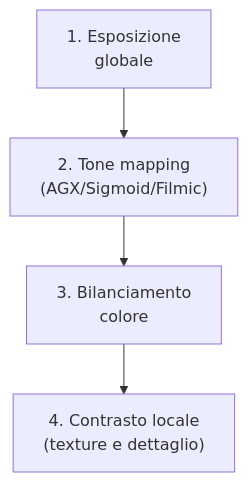
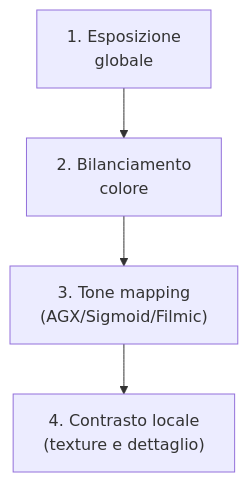
One commit to lorenzoperone/darktable-docs changed the diagram in docs/modules/local-contrast.md. Above: the diagram before and after it, drawn with Mermaid. The commit also changed other lines of this file and 36 other files, not shown here.

First line of the commit message:
fix: scan globale degli errori concettuali (moduli, pipeline, colore, appendici)

````diff
--- a/docs/modules/local-contrast.md
+++ b/docs/modules/local-contrast.md
@@ -25,4 +25,4 @@
 ```mermaid
 flowchart TD
-    A["1. Esposizione<br/>globale"] --> B["2. Tone mapping<br/>(AGX/Sigmoid/Filmic)"] --> C["3. Bilanciamento<br/>colore"] --> D["4. Contrasto locale<br/>(texture e dettaglio)"]
+    A["1. Esposizione<br/>globale"] --> B["2. Bilanciamento<br/>colore"] --> C["3. Tone mapping<br/>(AGX/Sigmoid/Filmic)"] --> D["4. Contrasto locale<br/>(texture e dettaglio)"]
 ```
````
